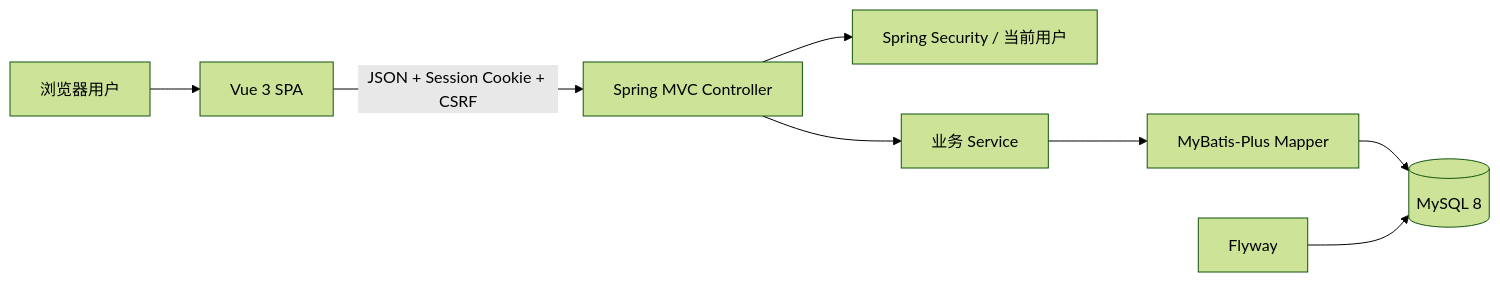
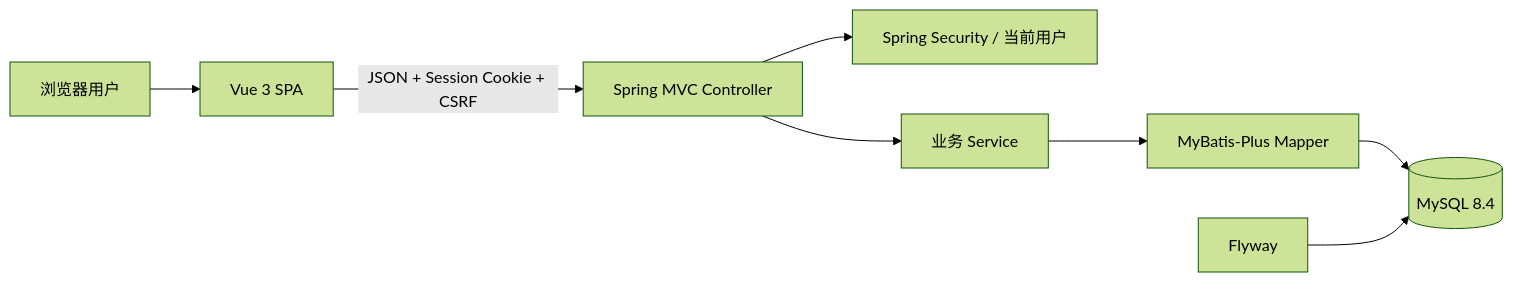
Before and after one commit to 1chips8/family-finance: the first of 4 diagrams in docs/team/04-整体架构理解指南.md, drawn with Mermaid (forest theme). The commit also changed other lines of this file and 38 other files, not shown here.

````diff
--- a/docs/team/04-整体架构理解指南.md
+++ b/docs/team/04-整体架构理解指南.md
@@ -9,10 +9,10 @@
 ```mermaid
 flowchart LR
     U[浏览器用户] --> V[Vue 3 SPA]
     V -->|JSON + Session Cookie + CSRF| C[Spring MVC Controller]
     C --> S[Spring Security / 当前用户]
     C --> B[业务 Service]
     B --> M[MyBatis-Plus Mapper]
-    M --> D[(MySQL 8)]
+    M --> D[(MySQL 8.4)]
     F[Flyway] --> D
 ```
````
